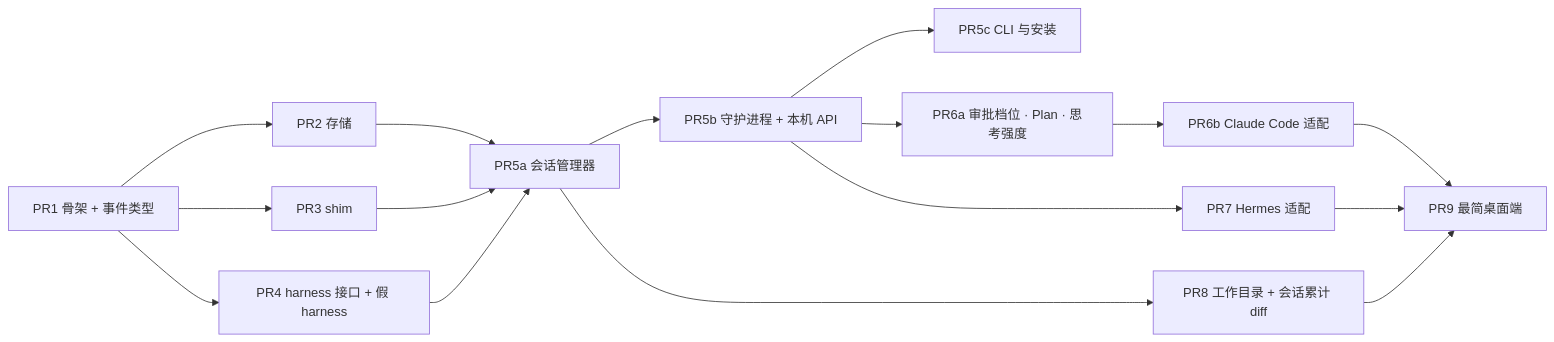
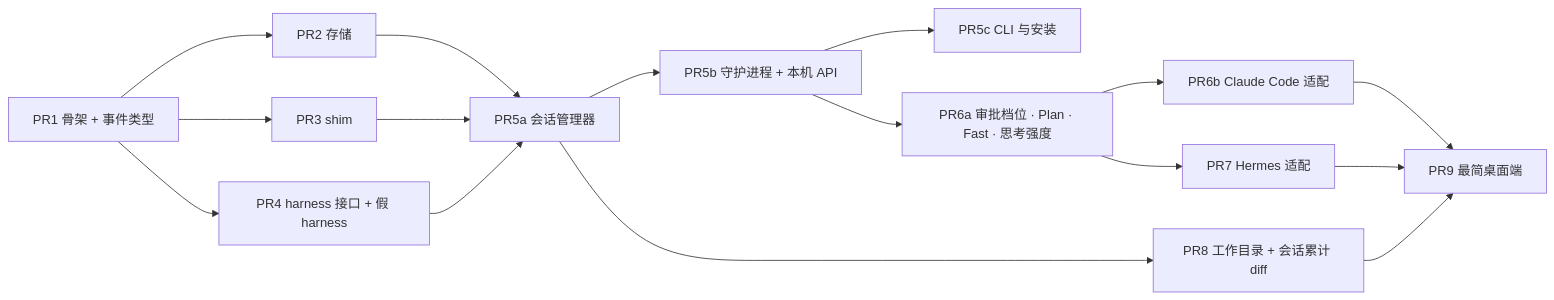
One commit to yangflow/hoplet changed the diagram in docs/plans/m1-overview.md. Above: the diagram before and after it, drawn with Mermaid. The commit also changed other lines of this file and 2 other files, not shown here.

Commit message:
docs: record the plan-mode rules and PR6a deviations

````diff
--- a/docs/plans/m1-overview.md
+++ b/docs/plans/m1-overview.md
@@ -25,18 +25,18 @@
 ```mermaid
 flowchart LR
     P1["PR1 骨架 + 事件类型"] --> P2["PR2 存储"]
     P1 --> P3["PR3 shim"]
     P1 --> P4["PR4 harness 接口 + 假 harness"]
     P2 --> P5["PR5a 会话管理器"]
     P3 --> P5
     P4 --> P5
     P5 --> P5b["PR5b 守护进程 + 本机 API"]
     P5b --> P5c["PR5c CLI 与安装"]
-    P5b --> P6a["PR6a 审批档位 · Plan · 思考强度"]
+    P5b --> P6a["PR6a 审批档位 · Plan · Fast · 思考强度"]
     P6a --> P6["PR6b Claude Code 适配"]
-    P5b --> P7["PR7 Hermes 适配"]
+    P6a --> P7["PR7 Hermes 适配"]
     P5 --> P8["PR8 工作目录 + 会话累计 diff"]
     P6 --> P9["PR9 最简桌面端"]
     P7 --> P9
     P8 --> P9
 ```
````
